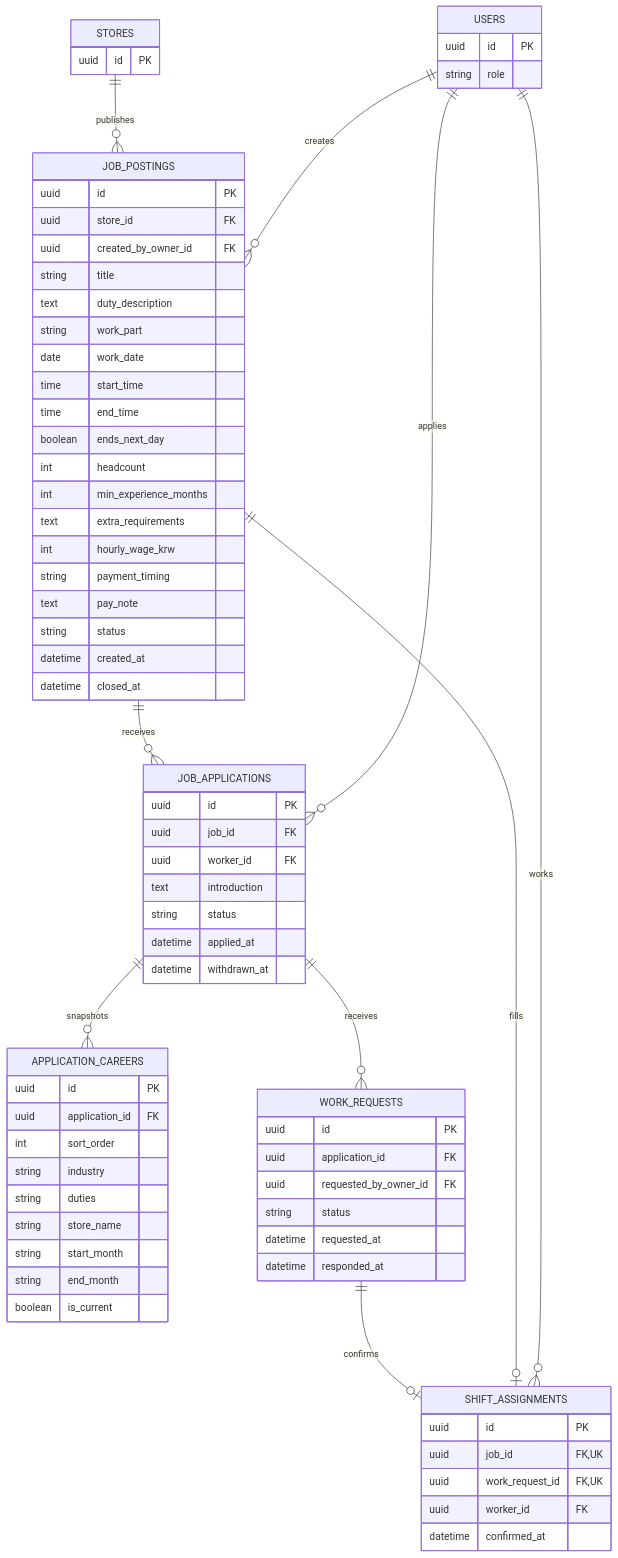
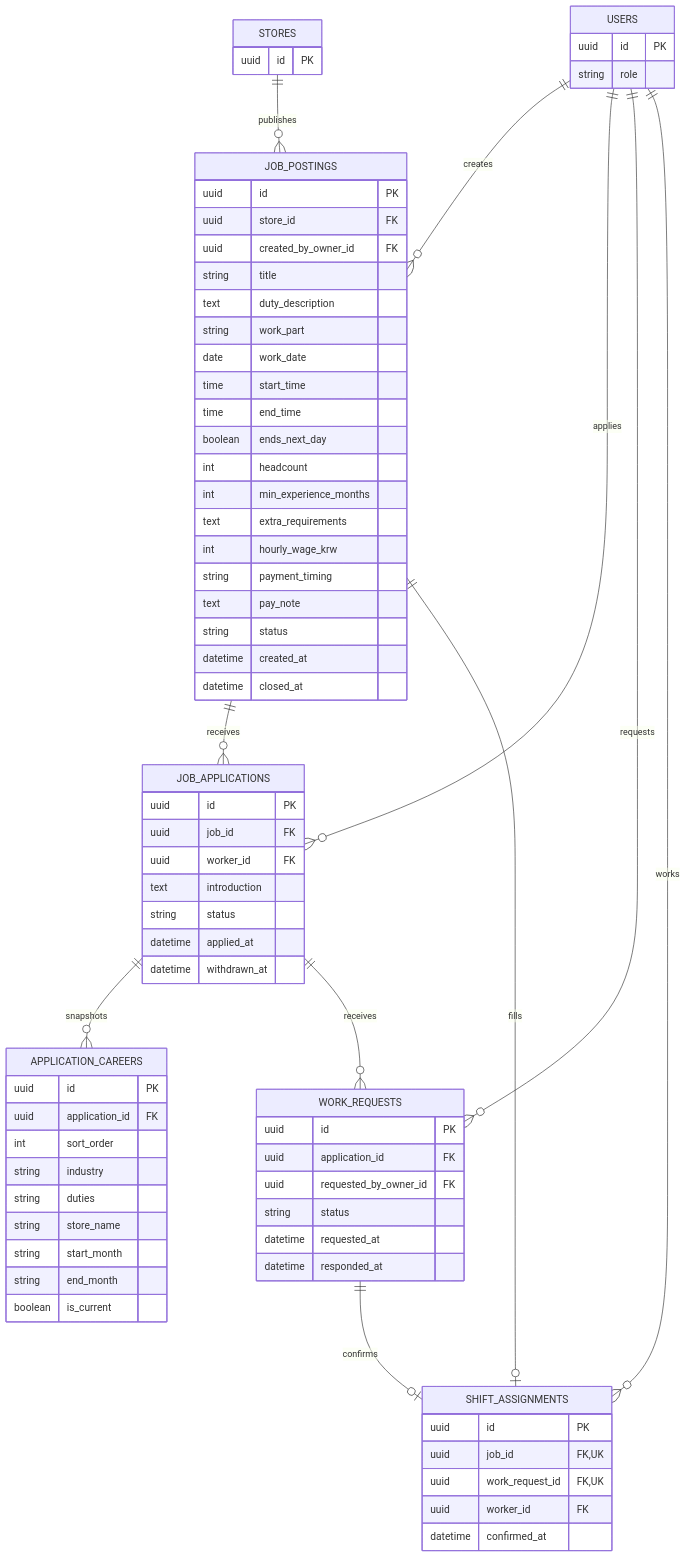
Before and after one commit to 2026-KW-HACKATHON/29_Jidan: the diagram in back-end/docs/erd/jobs.md, drawn with Mermaid.

Commit message:
docs(jobs): 근무 요청 점주 FK 관계 표시
지원자 근무 요청 기록의 생성 점주를 ERD에 명시

````diff
--- a/back-end/docs/erd/jobs.md
+++ b/back-end/docs/erd/jobs.md
@@ -3,76 +3,77 @@
 ```mermaid
 erDiagram
     STORES ||--o{ JOB_POSTINGS : publishes
     USERS ||--o{ JOB_POSTINGS : creates
     JOB_POSTINGS ||--o{ JOB_APPLICATIONS : receives
     USERS ||--o{ JOB_APPLICATIONS : applies
     JOB_APPLICATIONS ||--o{ APPLICATION_CAREERS : snapshots
     JOB_APPLICATIONS ||--o{ WORK_REQUESTS : receives
+    USERS ||--o{ WORK_REQUESTS : requests
     WORK_REQUESTS ||--o| SHIFT_ASSIGNMENTS : confirms
     JOB_POSTINGS ||--o| SHIFT_ASSIGNMENTS : fills
     USERS ||--o{ SHIFT_ASSIGNMENTS : works
 
     STORES {
         uuid id PK
     }
     USERS {
         uuid id PK
         string role
     }
     JOB_POSTINGS {
         uuid id PK
         uuid store_id FK
         uuid created_by_owner_id FK
         string title
         text duty_description
         string work_part
         date work_date
         time start_time
         time end_time
         boolean ends_next_day
         int headcount
         int min_experience_months
         text extra_requirements
         int hourly_wage_krw
         string payment_timing
         text pay_note
         string status
         datetime created_at
         datetime closed_at
     }
     JOB_APPLICATIONS {
         uuid id PK
         uuid job_id FK
         uuid worker_id FK
         text introduction
         string status
         datetime applied_at
         datetime withdrawn_at
     }
     APPLICATION_CAREERS {
         uuid id PK
         uuid application_id FK
         int sort_order
         string industry
         string duties
         string store_name
         string start_month
         string end_month
         boolean is_current
     }
     WORK_REQUESTS {
         uuid id PK
         uuid application_id FK
         uuid requested_by_owner_id FK
         string status
         datetime requested_at
         datetime responded_at
     }
     SHIFT_ASSIGNMENTS {
         uuid id PK
         uuid job_id FK, UK
         uuid work_request_id FK, UK
         uuid worker_id FK
         datetime confirmed_at
     }
 ```
````
